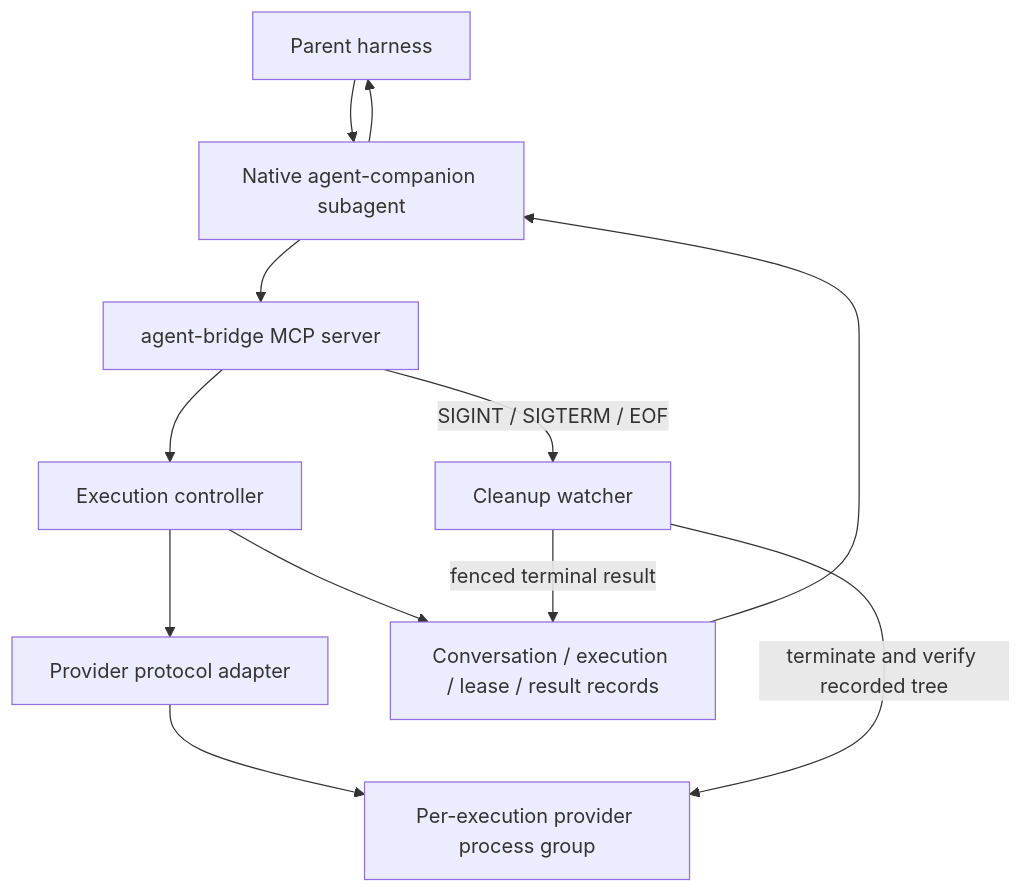
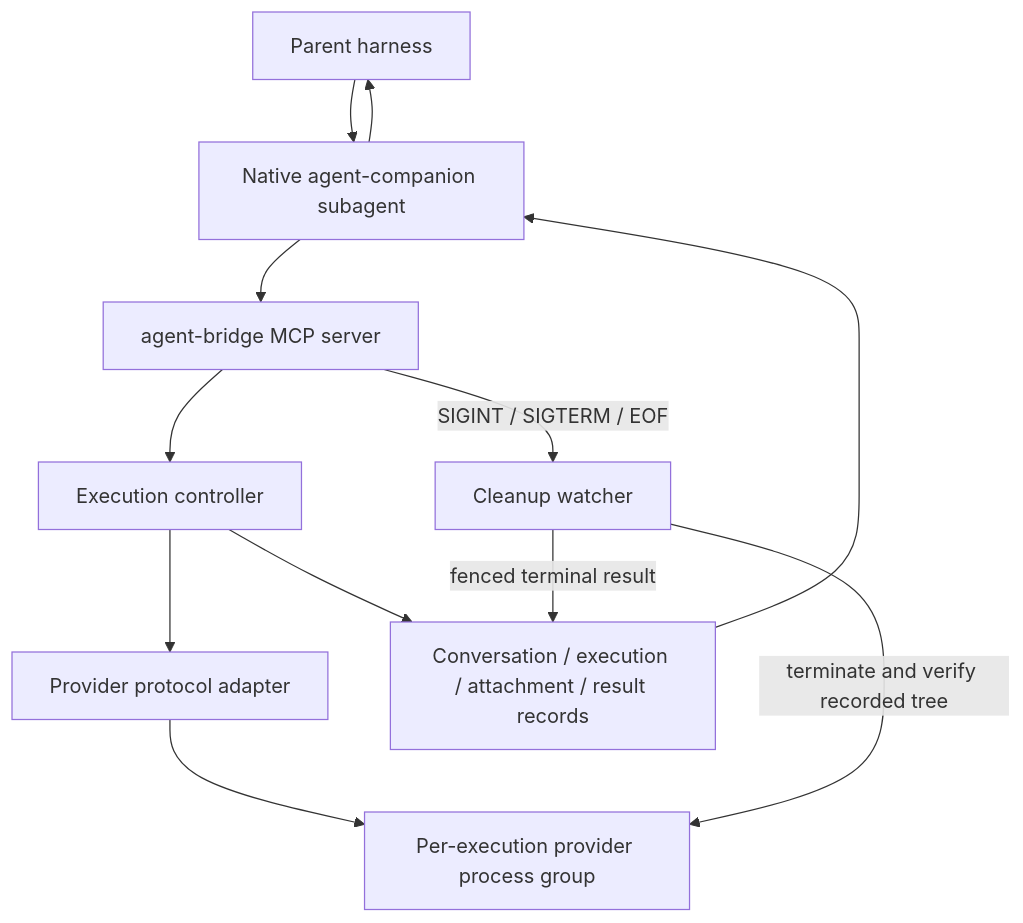
Before and after one commit to thangaram611/agent-companion: the diagram in docs/ARCHITECTURE.md, drawn with Mermaid. The commit also changed other lines of this file and 25 other files, not shown here.

````diff
--- a/docs/ARCHITECTURE.md
+++ b/docs/ARCHITECTURE.md
@@ -36,14 +36,14 @@
 ```mermaid
 flowchart TD
   Parent[Parent harness] --> Child[Native agent-companion subagent]
   Child --> Bridge[agent-bridge MCP server]
   Bridge --> Controller[Execution controller]
   Controller --> Adapter[Provider protocol adapter]
   Adapter --> Provider[Per-execution provider process group]
-  Controller --> Records[Conversation / execution / lease / result records]
+  Controller --> Records[Conversation / execution / attachment / result records]
   Bridge -->|SIGINT / SIGTERM / EOF| Watcher[Cleanup watcher]
   Watcher -->|terminate and verify recorded tree| Provider
   Watcher -->|fenced terminal result| Records
   Records --> Child
   Child --> Parent
 ```
````
